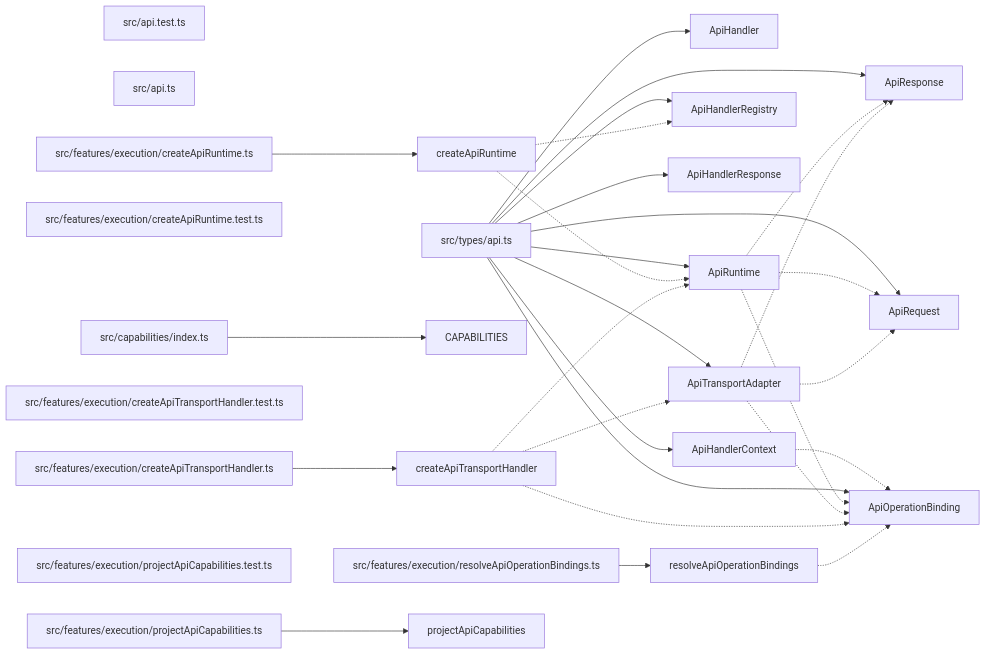
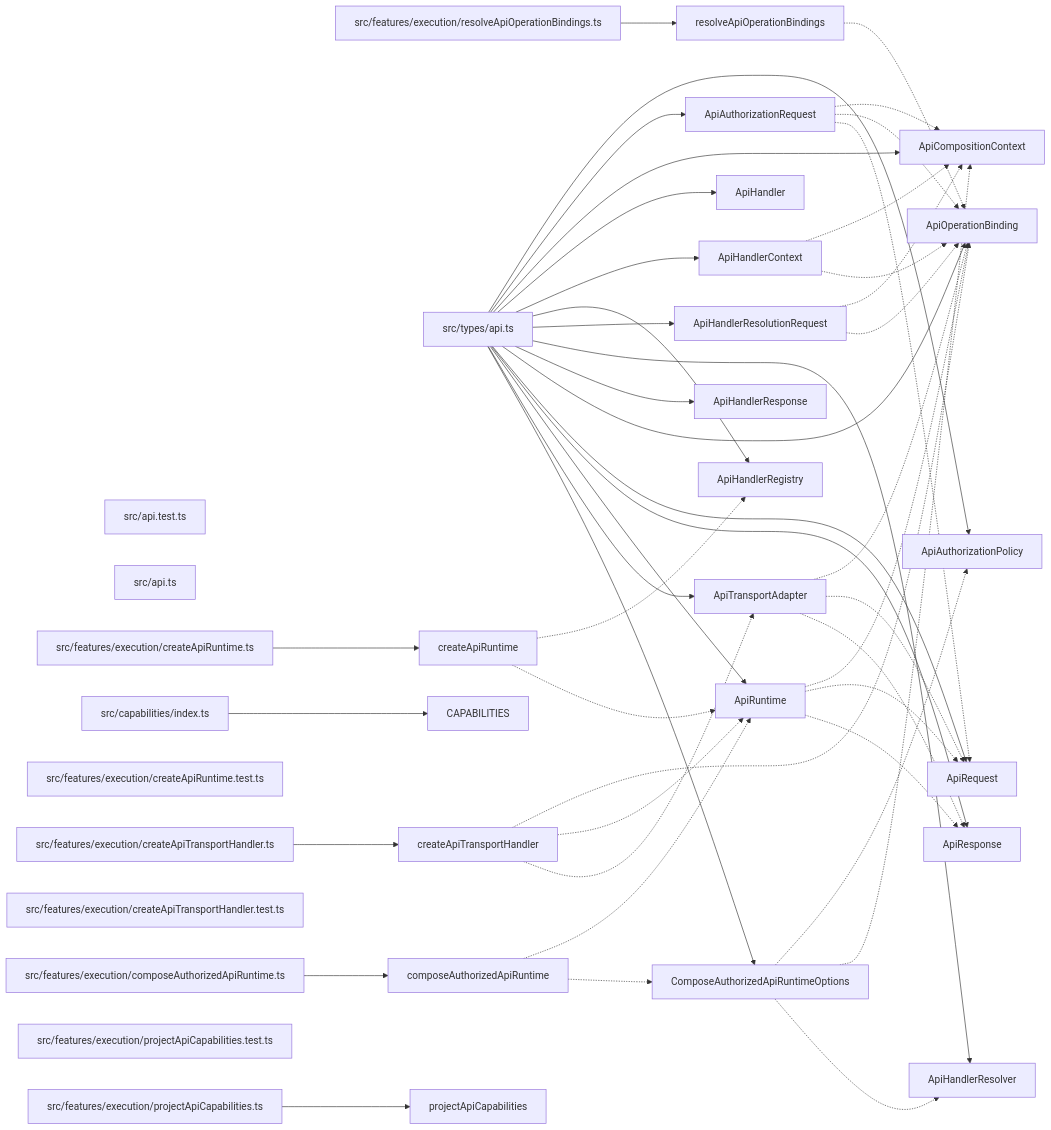
The diagram in paradox/diagrams/export-graph.mmd (ankhorage/api), drawn with Mermaid before and after one commit. The commit also changed 12 other files, not shown here.

```diff
--- a/paradox/diagrams/export-graph.mmd
+++ b/paradox/diagrams/export-graph.mmd
@@ -1,53 +1,79 @@
 graph LR
   module_src_api_test_ts["src/api.test.ts"]
   module_src_api_ts["src/api.ts"]
   module_src_capabilities_index_ts["src/capabilities/index.ts"]
+  module_src_features_execution_composeAuthorizedApiRuntime_ts["src/features/execution/composeAuthorizedApiRuntime.ts"]
   module_src_features_execution_createApiRuntime_test_ts["src/features/execution/createApiRuntime.test.ts"]
   module_src_features_execution_createApiRuntime_ts["src/features/execution/createApiRuntime.ts"]
   module_src_features_execution_createApiTransportHandler_test_ts["src/features/execution/createApiTransportHandler.test.ts"]
   module_src_features_execution_createApiTransportHandler_ts["src/features/execution/createApiTransportHandler.ts"]
   module_src_features_execution_projectApiCapabilities_test_ts["src/features/execution/projectApiCapabilities.test.ts"]
   module_src_features_execution_projectApiCapabilities_ts["src/features/execution/projectApiCapabilities.ts"]
   module_src_features_execution_resolveApiOperationBindings_ts["src/features/execution/resolveApiOperationBindings.ts"]
   module_src_types_api_ts["src/types/api.ts"]
+  export_ApiAuthorizationPolicy["ApiAuthorizationPolicy"]
+  module_src_types_api_ts --> export_ApiAuthorizationPolicy
+  export_ApiAuthorizationRequest["ApiAuthorizationRequest"]
+  module_src_types_api_ts --> export_ApiAuthorizationRequest
+  export_ApiAuthorizationRequest -.-> export_ApiCompositionContext
+  export_ApiAuthorizationRequest -.-> export_ApiOperationBinding
+  export_ApiAuthorizationRequest -.-> export_ApiRequest
+  export_ApiCompositionContext["ApiCompositionContext"]
+  module_src_types_api_ts --> export_ApiCompositionContext
   export_ApiHandler["ApiHandler"]
   module_src_types_api_ts --> export_ApiHandler
   export_ApiHandlerContext["ApiHandlerContext"]
   module_src_types_api_ts --> export_ApiHandlerContext
+  export_ApiHandlerContext -.-> export_ApiCompositionContext
   export_ApiHandlerContext -.-> export_ApiOperationBinding
   export_ApiHandlerRegistry["ApiHandlerRegistry"]
   module_src_types_api_ts --> export_ApiHandlerRegistry
+  export_ApiHandlerResolutionRequest["ApiHandlerResolutionRequest"]
+  module_src_types_api_ts --> export_ApiHandlerResolutionRequest
+  export_ApiHandlerResolutionRequest -.-> export_ApiCompositionContext
+  export_ApiHandlerResolutionRequest -.-> export_ApiOperationBinding
+  export_ApiHandlerResolver["ApiHandlerResolver"]
+  module_src_types_api_ts --> export_ApiHandlerResolver
   export_ApiHandlerResponse["ApiHandlerResponse"]
   module_src_types_api_ts --> export_ApiHandlerResponse
   export_ApiOperationBinding["ApiOperationBinding"]
   module_src_types_api_ts --> export_ApiOperationBinding
   export_ApiRequest["ApiRequest"]
   module_src_types_api_ts --> export_ApiRequest
   export_ApiResponse["ApiResponse"]
   module_src_types_api_ts --> export_ApiResponse
   export_ApiRuntime["ApiRuntime"]
   module_src_types_api_ts --> export_ApiRuntime
   export_ApiRuntime -.-> export_ApiOperationBinding
   export_ApiRuntime -.-> export_ApiRequest
   export_ApiRuntime -.-> export_ApiResponse
   export_ApiTransportAdapter["ApiTransportAdapter"]
   module_src_types_api_ts --> export_ApiTransportAdapter
   export_ApiTransportAdapter -.-> export_ApiOperationBinding
   export_ApiTransportAdapter -.-> export_ApiRequest
   export_ApiTransportAdapter -.-> export_ApiResponse
   export_CAPABILITIES["CAPABILITIES"]
   module_src_capabilities_index_ts --> export_CAPABILITIES
+  export_composeAuthorizedApiRuntime["composeAuthorizedApiRuntime"]
+  module_src_features_execution_composeAuthorizedApiRuntime_ts --> export_composeAuthorizedApiRuntime
+  export_composeAuthorizedApiRuntime -.-> export_ApiRuntime
+  export_composeAuthorizedApiRuntime -.-> export_ComposeAuthorizedApiRuntimeOptions
+  export_ComposeAuthorizedApiRuntimeOptions["ComposeAuthorizedApiRuntimeOptions"]
+  module_src_types_api_ts --> export_ComposeAuthorizedApiRuntimeOptions
+  export_ComposeAuthorizedApiRuntimeOptions -.-> export_ApiAuthorizationPolicy
+  export_ComposeAuthorizedApiRuntimeOptions -.-> export_ApiCompositionContext
+  export_ComposeAuthorizedApiRuntimeOptions -.-> export_ApiHandlerResolver
   export_createApiRuntime["createApiRuntime"]
   module_src_features_execution_createApiRuntime_ts --> export_createApiRuntime
   export_createApiRuntime -.-> export_ApiHandlerRegistry
   export_createApiRuntime -.-> export_ApiRuntime
   export_createApiTransportHandler["createApiTransportHandler"]
   module_src_features_execution_createApiTransportHandler_ts --> export_createApiTransportHandler
   export_createApiTransportHandler -.-> export_ApiOperationBinding
   export_createApiTransportHandler -.-> export_ApiRuntime
   export_createApiTransportHandler -.-> export_ApiTransportAdapter
   export_projectApiCapabilities["projectApiCapabilities"]
   module_src_features_execution_projectApiCapabilities_ts --> export_projectApiCapabilities
   export_resolveApiOperationBindings["resolveApiOperationBindings"]
   module_src_features_execution_resolveApiOperationBindings_ts --> export_resolveApiOperationBindings
   export_resolveApiOperationBindings -.-> export_ApiOperationBinding
```
